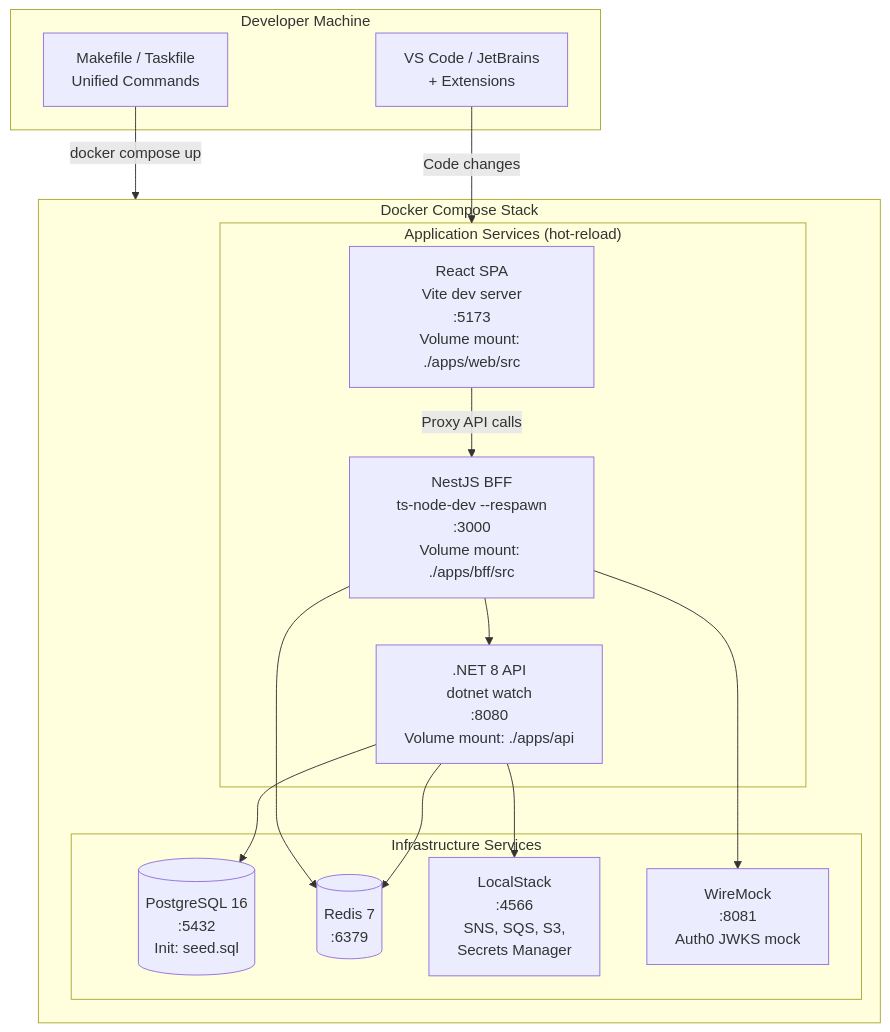
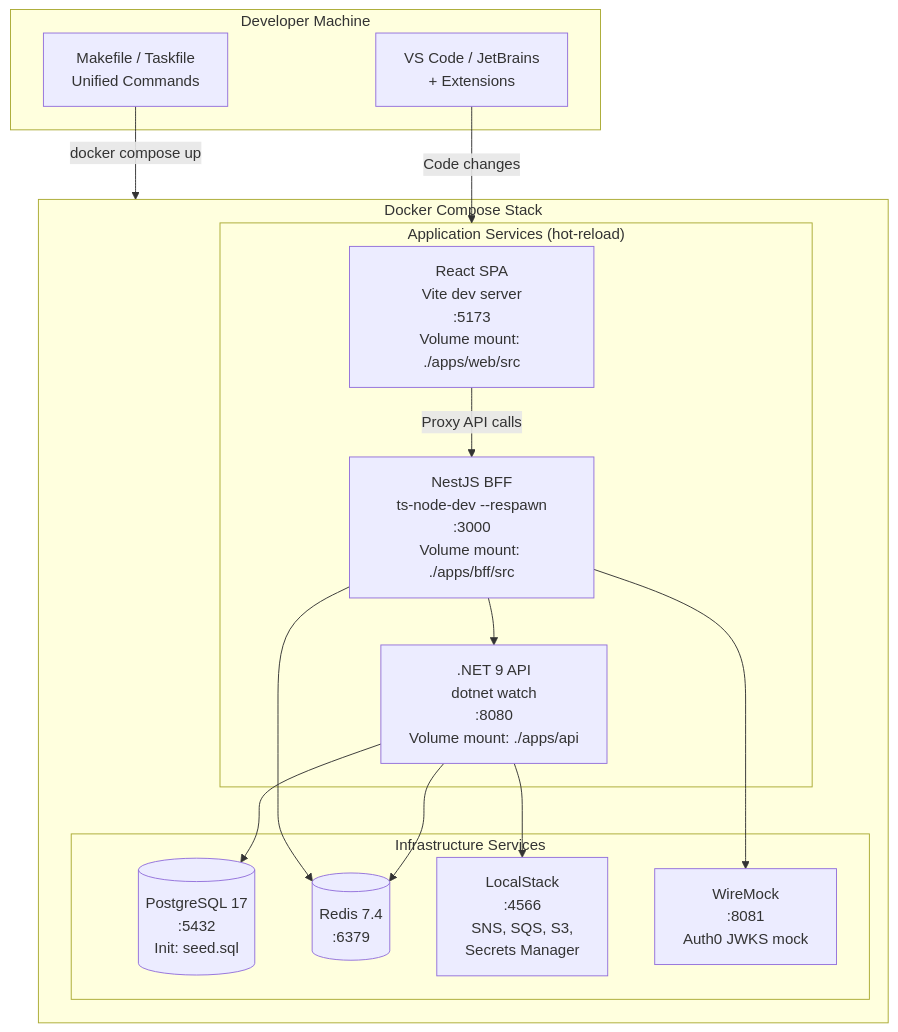
Diagram 22 of 23 in docs/superpowers/specs/2026-04-17-employee-budget-allocation-design.md (sukhesh035/employee_budget_allocation), drawn with Mermaid before and after one commit. The commit also changed other lines of this file and 11 other files, not shown here.

````diff
--- a/docs/superpowers/specs/2026-04-17-employee-budget-allocation-design.md
+++ b/docs/superpowers/specs/2026-04-17-employee-budget-allocation-design.md
@@ -2210,33 +2232,33 @@
 ```mermaid
 flowchart TB
     subgraph Host["Developer Machine"]
         IDE[VS Code / JetBrains<br/>+ Extensions]
         MAKE[Makefile / Taskfile<br/>Unified Commands]
     end
 
     subgraph DockerCompose["Docker Compose Stack"]
         subgraph Services["Application Services (hot-reload)"]
             SPA["React SPA<br/>Vite dev server<br/>:5173<br/>Volume mount: ./apps/web/src"]
             BFF["NestJS BFF<br/>ts-node-dev --respawn<br/>:3000<br/>Volume mount: ./apps/bff/src"]
-            DOTNET[".NET 8 API<br/>dotnet watch<br/>:8080<br/>Volume mount: ./apps/api"]
+            DOTNET[".NET 9 API<br/>dotnet watch<br/>:8080<br/>Volume mount: ./apps/api"]
         end
 
         subgraph Infra["Infrastructure Services"]
-            PG[(PostgreSQL 16<br/>:5432<br/>Init: seed.sql)]
-            REDIS_LOCAL[(Redis 7<br/>:6379)]
+            PG[(PostgreSQL 17<br/>:5432<br/>Init: seed.sql)]
+            REDIS_LOCAL[(Redis 7.4<br/>:6379)]
             LOCALSTACK[LocalStack<br/>:4566<br/>SNS, SQS, S3,<br/>Secrets Manager]
             WIREMOCK[WireMock<br/>:8081<br/>Auth0 JWKS mock]
         end
 
         SPA -->|"Proxy API calls"| BFF
         BFF --> DOTNET
         DOTNET --> PG
         DOTNET --> REDIS_LOCAL
         BFF --> REDIS_LOCAL
         DOTNET --> LOCALSTACK
         BFF --> WIREMOCK
     end
 
     IDE -->|"Code changes"| Services
     MAKE -->|"docker compose up"| DockerCompose
 ```
````
